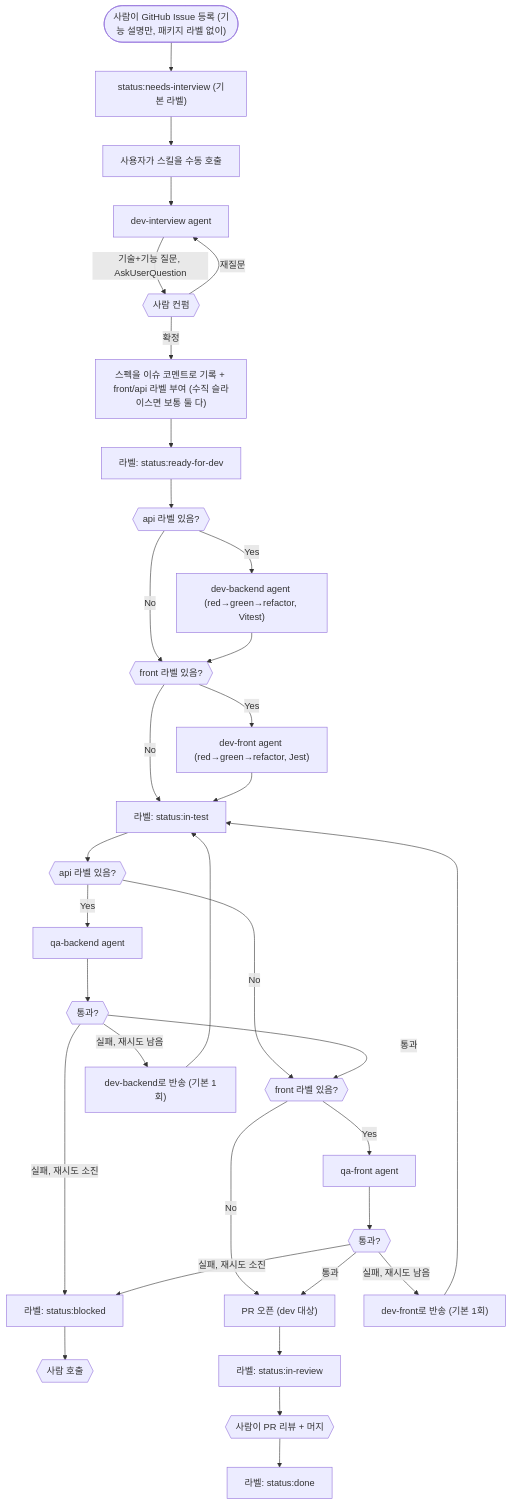
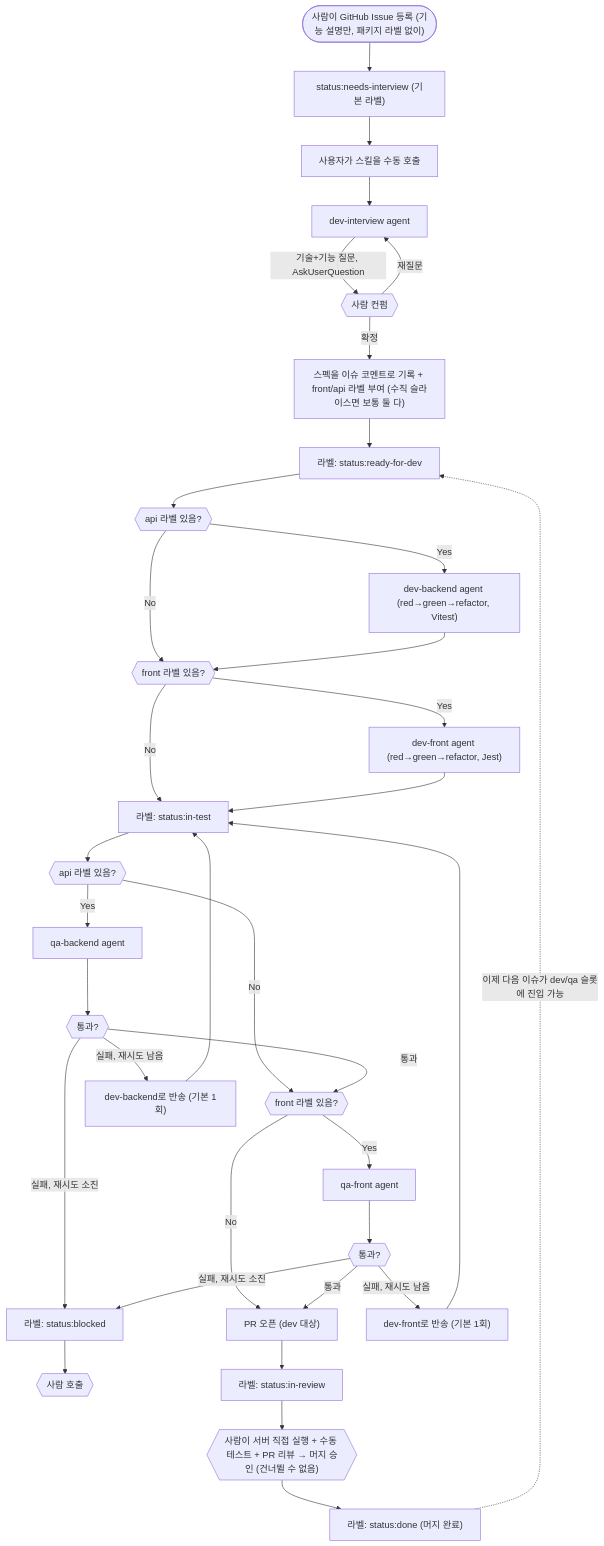
The diagram in docs/harness/tdd-issue-loop.md (Yuuuk94/meta-scan), drawn with Mermaid before and after one commit. The commit also changed other lines of this file and 2 other files, not shown here.

First line of the commit message:
docs(harness): gate dev/qa queue on PR merge, require manual test before merge

````diff
--- a/docs/harness/tdd-issue-loop.md
+++ b/docs/harness/tdd-issue-loop.md
@@ -60,38 +68,39 @@
 ```mermaid
 flowchart TD
   PERSON(["사람이 GitHub Issue 등록 (기능 설명만, 패키지 라벨 없이)"]) --> LBL["status:needs-interview (기본 라벨)"]
   LBL --> INVOKE["사용자가 스킬을 수동 호출"]
   INVOKE --> INTERVIEW["dev-interview agent"]
 
   INTERVIEW -->|기술+기능 질문, AskUserQuestion| GATE{{"사람 컨펌"}}
   GATE -- 재질문 --> INTERVIEW
   GATE -- 확정 --> SPEC["스펙을 이슈 코멘트로 기록 + front/api 라벨 부여 (수직 슬라이스면 보통 둘 다)"]
   SPEC --> L1["라벨: status:ready-for-dev"]
 
   L1 --> CHKB{{"api 라벨 있음?"}}
   CHKB -- Yes --> DEVB["dev-backend agent (red→green→refactor, Vitest)"]
   CHKB -- No --> CHKF1
   DEVB --> CHKF1{{"front 라벨 있음?"}}
   CHKF1 -- Yes --> DEVF["dev-front agent (red→green→refactor, Jest)"]
   CHKF1 -- No --> L2
   DEVF --> L2["라벨: status:in-test"]
 
   L2 --> CHKB2{{"api 라벨 있음?"}}
   CHKB2 -- Yes --> QAB["qa-backend agent"]
   CHKB2 -- No --> CHKF2
   QAB --> VERIFYB{{"통과?"}}
   VERIFYB -- 실패, 재시도 남음 --> RETRYB["dev-backend로 반송 (기본 1회)"] --> L2
   VERIFYB -- 실패, 재시도 소진 --> BLOCKED["라벨: status:blocked"]
   VERIFYB -- 통과 --> CHKF2{{"front 라벨 있음?"}}
   CHKF2 -- Yes --> QAF["qa-front agent"]
   CHKF2 -- No --> PR
   QAF --> VERIFYF{{"통과?"}}
   VERIFYF -- 실패, 재시도 남음 --> RETRYF["dev-front로 반송 (기본 1회)"] --> L2
   VERIFYF -- 실패, 재시도 소진 --> BLOCKED
   VERIFYF -- 통과 --> PR["PR 오픈 (dev 대상)"]
 
   BLOCKED --> HUMANBLOCK{{"사람 호출"}}
   PR --> L3["라벨: status:in-review"]
-  L3 --> HUMAN{{"사람이 PR 리뷰 + 머지"}}
-  HUMAN --> DONE["라벨: status:done"]
+  L3 --> HUMAN{{"사람이 서버 직접 실행 + 수동 테스트 + PR 리뷰 → 머지 승인 (건너뛸 수 없음)"}}
+  HUMAN --> DONE["라벨: status:done (머지 완료)"]
+  DONE -.->|"이제 다음 이슈가 dev/qa 슬롯에 진입 가능"| L1
 ```
````
